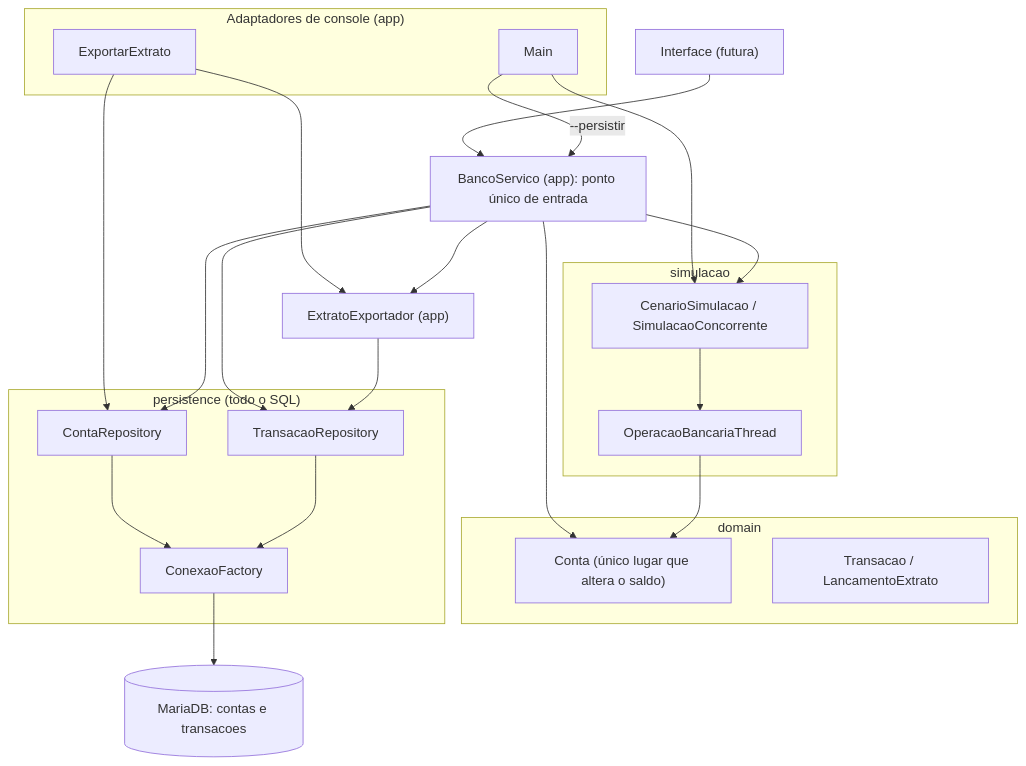
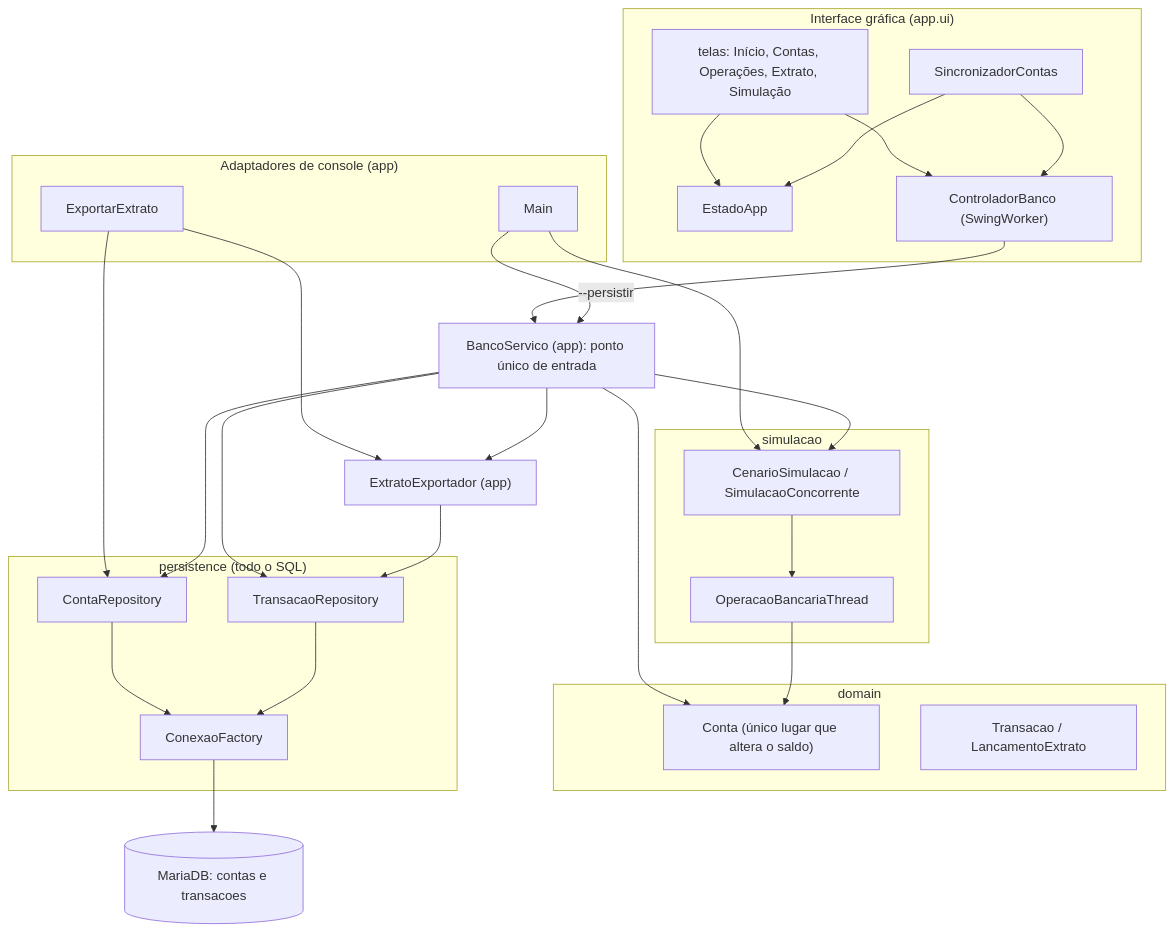
Before and after one commit to leonardoschimock/sistema-bancario: the first of 7 diagrams in README.md, drawn with Mermaid. The commit also changed other lines of this file and 22 other files, not shown here.

Commit message:
Docs: relatório antes/depois, README com interface gráfica, evidências atualizadas; UI: Solid Bank

````diff
--- a/README.md
+++ b/README.md
@@ -84,41 +95,50 @@
 ```mermaid
 flowchart TB
-    UI["Interface (futura)"]
+    subgraph GUI["Interface gráfica (app.ui)"]
+        TELAS["telas: Início, Contas, Operações, Extrato, Simulação"]
+        ESTADO["EstadoApp"]
+        SINC["SincronizadorContas"]
+        CTRL["ControladorBanco (SwingWorker)"]
+    end
     subgraph ADAPT["Adaptadores de console (app)"]
         MAIN["Main"]
         EXPCLI["ExportarExtrato"]
     end
     SERV["BancoServico (app): ponto único de entrada"]
     EXPT["ExtratoExportador (app)"]
     subgraph SIM["simulacao"]
         CEN["CenarioSimulacao / SimulacaoConcorrente"]
         OPT["OperacaoBancariaThread"]
     end
     subgraph DOM["domain"]
         CONTA["Conta (único lugar que altera o saldo)"]
         TRANS["Transacao / LancamentoExtrato"]
     end
     subgraph PER["persistence (todo o SQL)"]
         REPC["ContaRepository"]
         REPT["TransacaoRepository"]
         FAB["ConexaoFactory"]
     end
     DB[("MariaDB: contas e transacoes")]
 
-    UI --> SERV
+    TELAS --> ESTADO
+    TELAS --> CTRL
+    SINC --> ESTADO
+    SINC --> CTRL
+    CTRL --> SERV
     MAIN -->|"--persistir"| SERV
     MAIN --> CEN
     EXPCLI --> REPC
     EXPCLI --> EXPT
     SERV --> CONTA
     SERV --> REPC
     SERV --> REPT
     SERV --> EXPT
     SERV --> CEN
     CEN --> OPT
     OPT --> CONTA
     EXPT --> REPT
     REPC --> FAB
     REPT --> FAB
     FAB --> DB
 ```
````
